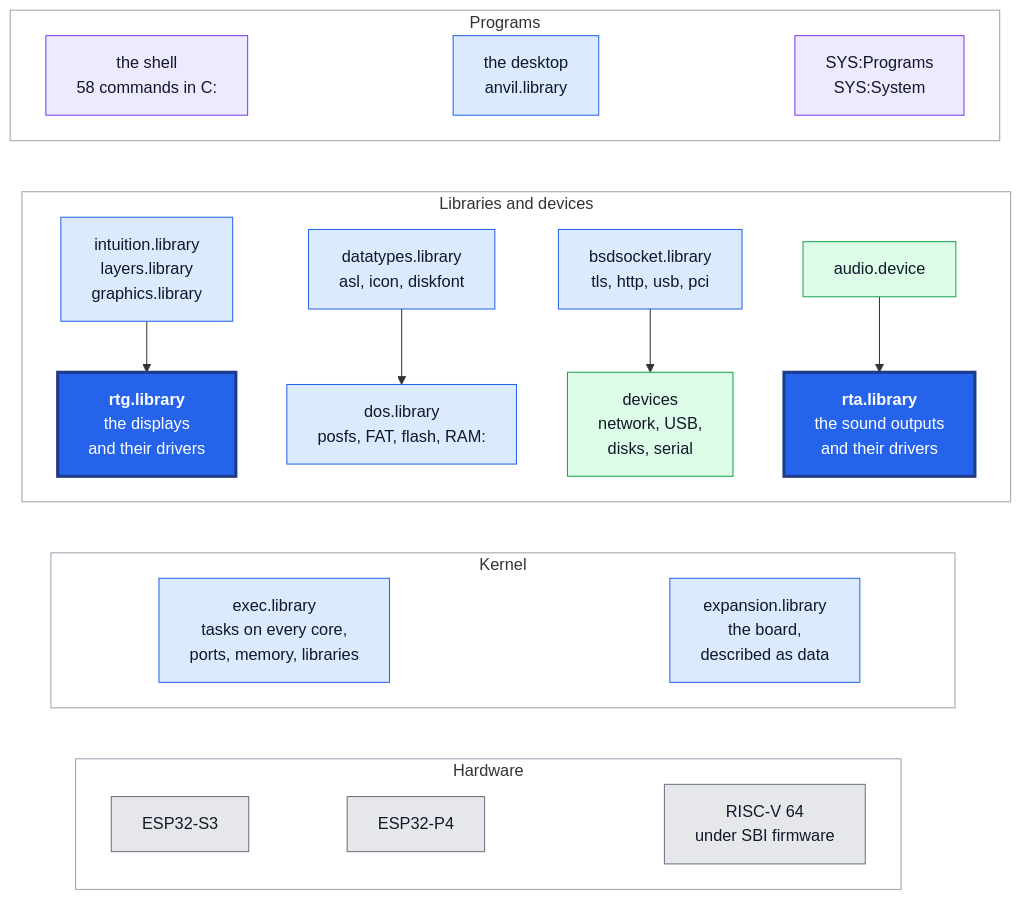
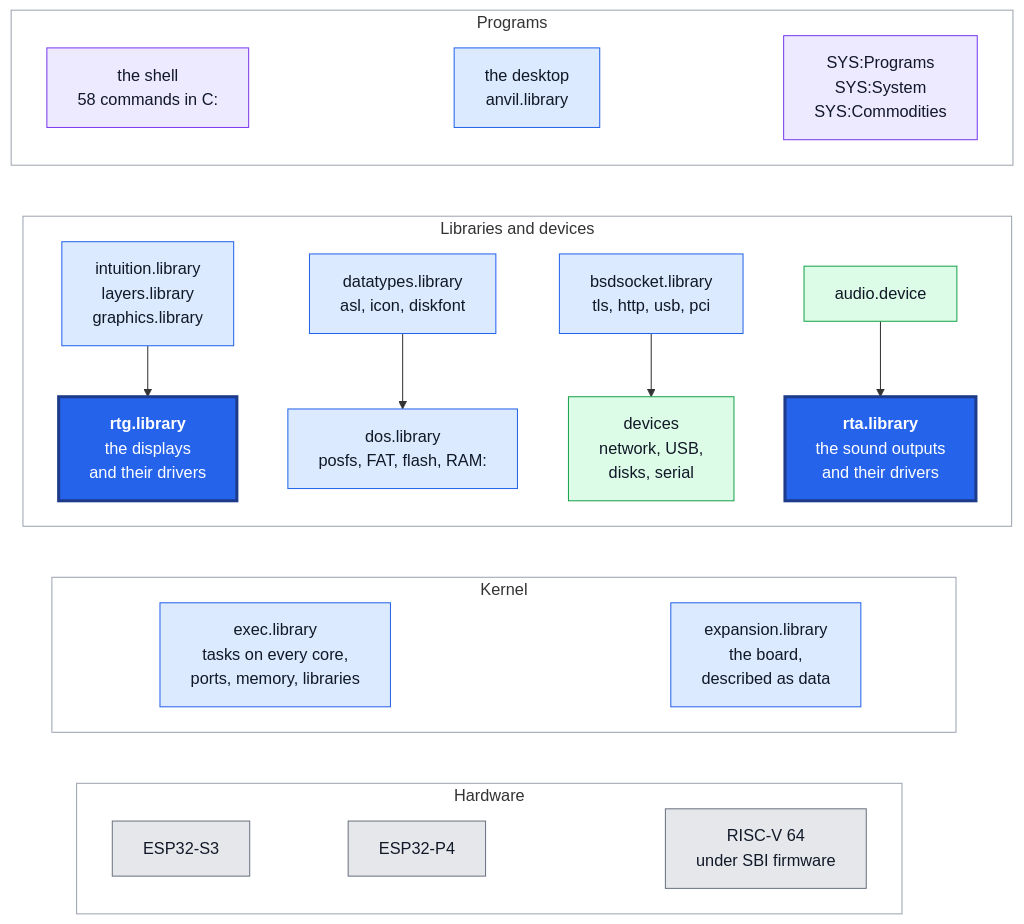
Before and after one commit to cycl0ne/poweros_esp32: the diagram in README.md, drawn with Mermaid. The commit also changed other lines of this file and 6 other files, not shown here.

Commit message:
Exchange 1.0: SYS:Commodities, the commodities running listed by name and each controlled - active or inactive, its window shown or hidden, removed; hotkey ctrl alt home, CX_PRIORITY/CX_POPKEY/CX_POPUP from the command line or the icon's tool types

````diff
--- a/README.md
+++ b/README.md
@@ -81,62 +81,62 @@
 ```mermaid
 flowchart TB
     subgraph m_programs ["Programs"]
         m_shell["the shell<br/>58 commands in C:"]
         m_desktop["the desktop<br/>anvil.library"]
-        m_apps["SYS:Programs<br/>SYS:System"]
+        m_apps["SYS:Programs<br/>SYS:System<br/>SYS:Commodities"]
     end
 
     subgraph m_modules ["Libraries and devices"]
         m_intuition["intuition.library<br/>layers.library<br/>graphics.library"]
         m_datatypes["datatypes.library<br/>asl, icon, diskfont"]
         m_network["bsdsocket.library<br/>tls, http, usb, pci"]
         m_audio["audio.device"]
         m_rtg["<b>rtg.library</b><br/>the displays<br/>and their drivers"]
         m_dos["dos.library<br/>posfs, FAT, flash, RAM:"]
         m_devices["devices<br/>network, USB,<br/>disks, serial"]
         m_rta["<b>rta.library</b><br/>the sound outputs<br/>and their drivers"]
     end
 
     subgraph m_kernel ["Kernel"]
         m_exec["exec.library<br/>tasks on every core,<br/>ports, memory, libraries"]
         m_expansion["expansion.library<br/>the board,<br/>described as data"]
     end
 
     subgraph m_hardware ["Hardware"]
         m_s3["ESP32-S3"]
         m_p4["ESP32-P4"]
         m_rv64["RISC-V 64<br/>under SBI firmware"]
     end
 
     m_intuition --> m_rtg
     m_datatypes --> m_dos
     m_network --> m_devices
     m_audio --> m_rta
 
     m_shell ~~~ m_intuition
     m_desktop ~~~ m_datatypes
     m_desktop ~~~ m_network
     m_apps ~~~ m_audio
     m_rtg ~~~ m_exec
     m_dos ~~~ m_exec
     m_devices ~~~ m_expansion
     m_rta ~~~ m_expansion
     m_exec ~~~ m_s3
     m_exec ~~~ m_p4
     m_expansion ~~~ m_rv64
 
     classDef prog fill:#ede9fe,stroke:#7c3aed,color:#111827
     class m_shell,m_apps prog
     classDef lib fill:#dbeafe,stroke:#2563eb,color:#111827
     class m_desktop,m_intuition,m_datatypes,m_network,m_dos,m_exec,m_expansion lib
     classDef dev fill:#dcfce7,stroke:#16a34a,color:#111827
     class m_audio,m_devices dev
     classDef key fill:#2563eb,stroke:#1e3a8a,stroke-width:3px,color:#ffffff
     class m_rtg,m_rta key
     classDef chip fill:#e5e7eb,stroke:#6b7280,color:#111827
     class m_s3,m_p4,m_rv64 chip
     style m_programs fill:none,stroke:#9ca3af
     style m_modules fill:none,stroke:#9ca3af
     style m_kernel fill:none,stroke:#9ca3af
     style m_hardware fill:none,stroke:#9ca3af
 ```
````
